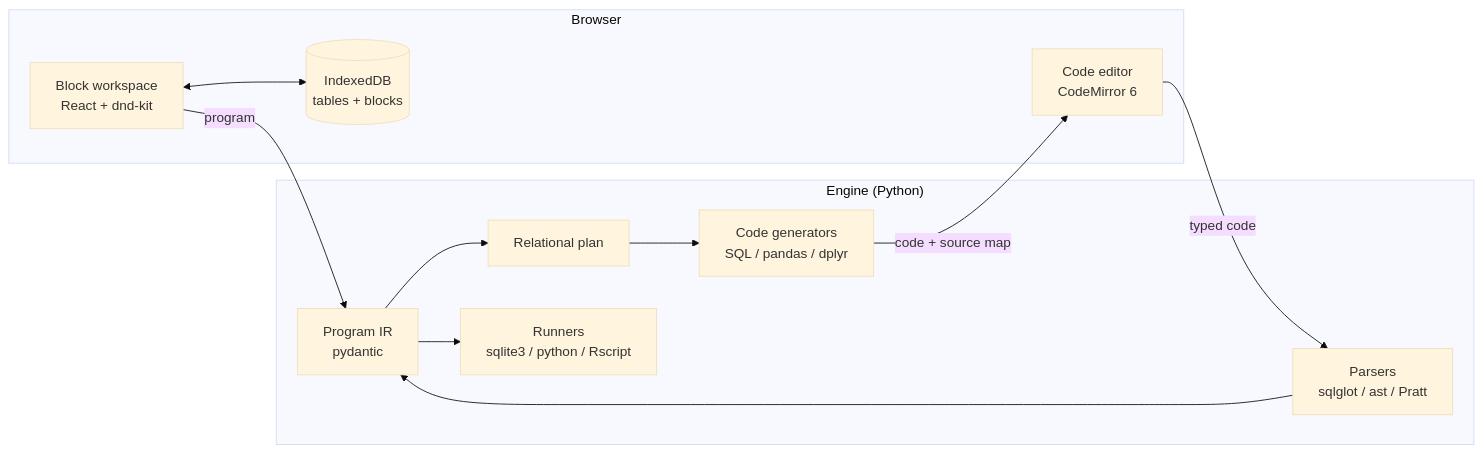
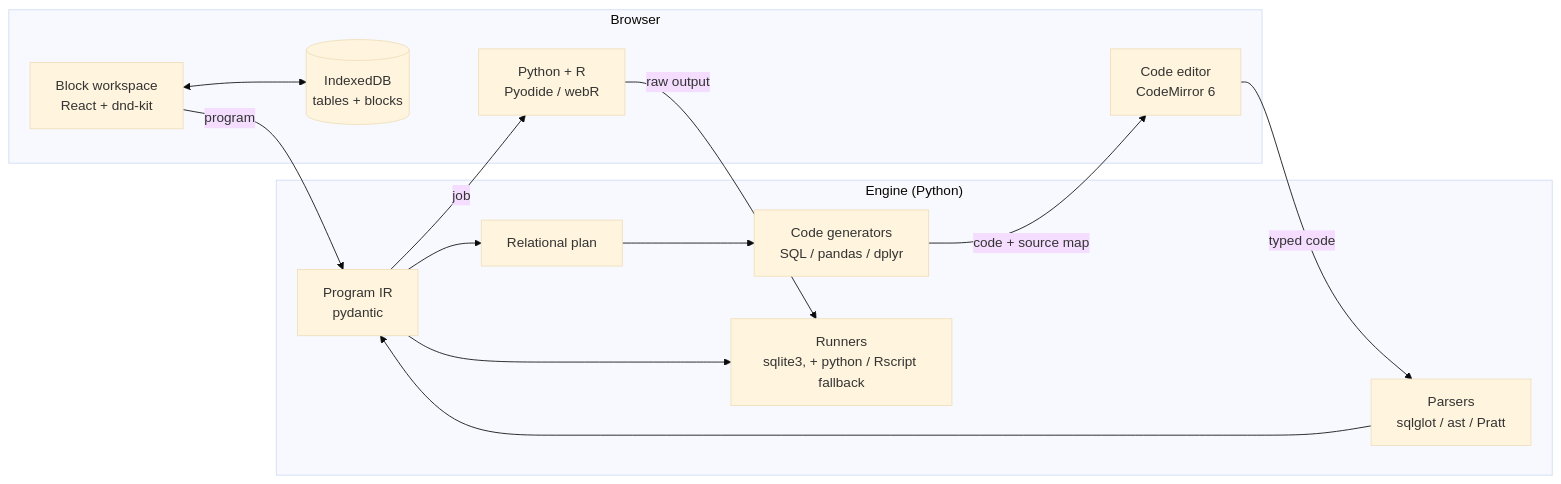
The first of 3 diagrams in docs/ARCHITECTURE.md (saf-azad/BlockCode), drawn with Mermaid (base theme) before and after one commit. The commit also changed other lines of this file and 18 other files, not shown here.

````diff
--- a/docs/ARCHITECTURE.md
+++ b/docs/ARCHITECTURE.md
@@ -23,23 +23,25 @@
 ```mermaid
 flowchart LR
   subgraph Browser
     WS[Block workspace<br/>React + dnd-kit]
     CM[Code editor<br/>CodeMirror 6]
     IDB[(IndexedDB<br/>tables + blocks)]
+    WASM[Python + R<br/>Pyodide / webR]
   end
 
   subgraph Engine["Engine (Python)"]
     IR[Program IR<br/>pydantic]
     PLAN[Relational plan]
     GEN[Code generators<br/>SQL / pandas / dplyr]
     PARSE[Parsers<br/>sqlglot / ast / Pratt]
-    RUN[Runners<br/>sqlite3 / python / Rscript]
+    RUN[Runners<br/>sqlite3, + python / Rscript fallback]
   end
 
   WS -- program --> IR
   IR --> PLAN --> GEN
   GEN -- code + source map --> CM
   CM -- typed code --> PARSE --> IR
   IR --> RUN
+  IR -- job --> WASM -- raw output --> RUN
   WS <--> IDB
 ```
````
